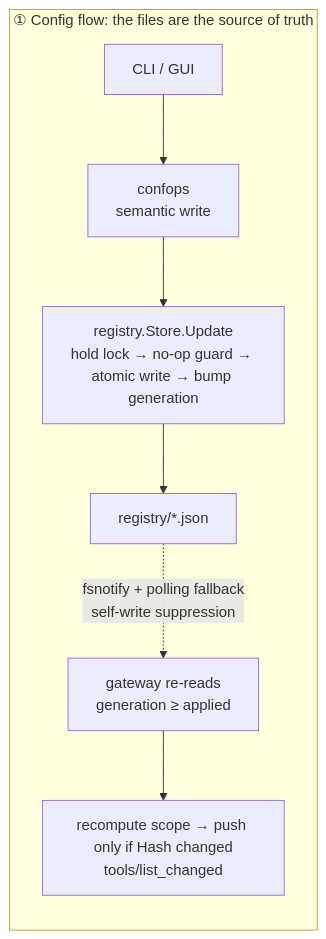
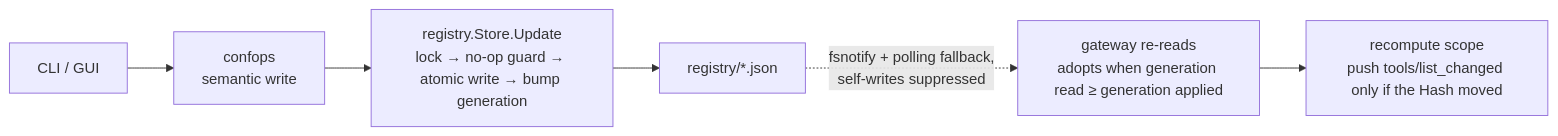
The fourth of 6 diagrams in docs/architecture.md (dinstein/agent-hub), drawn with Mermaid before and after one commit. The commit also changed other lines of this file and 90 other files, not shown here.

First line of the commit message:
docs: rewrite architecture, and cite sections by name

````diff
--- a/docs/architecture.md
+++ b/docs/architecture.md
@@ -256,10 +221,5 @@
 ```mermaid
 flowchart LR
-    subgraph cfg["① Config flow: the files are the source of truth"]
-        W1["CLI / GUI"] --> W2["confops<br/>semantic write"]
-        W2 --> W3["registry.Store.Update<br/>hold lock → no-op guard → atomic write → bump generation"]
-        W3 --> W4["registry/*.json"]
-        W4 -.->|"fsnotify + polling fallback<br/>self-write suppression"| W5["gateway re-reads<br/>generation ≥ applied"]
-        W5 --> W6["recompute scope → push only if Hash changed<br/>tools/list_changed"]
-    end
+    W1["CLI / GUI"] --> W2["confops<br/>semantic write"] --> W3["registry.Store.Update<br/>lock → no-op guard → atomic write → bump generation"] --> W4["registry/*.json"]
+    W4 -.->|"fsnotify + polling fallback,<br/>self-writes suppressed"| W5["gateway re-reads<br/>adopts when generation read ≥ generation applied"] --> W6["recompute scope<br/>push tools/list_changed only if the Hash moved"]
 ```
````
